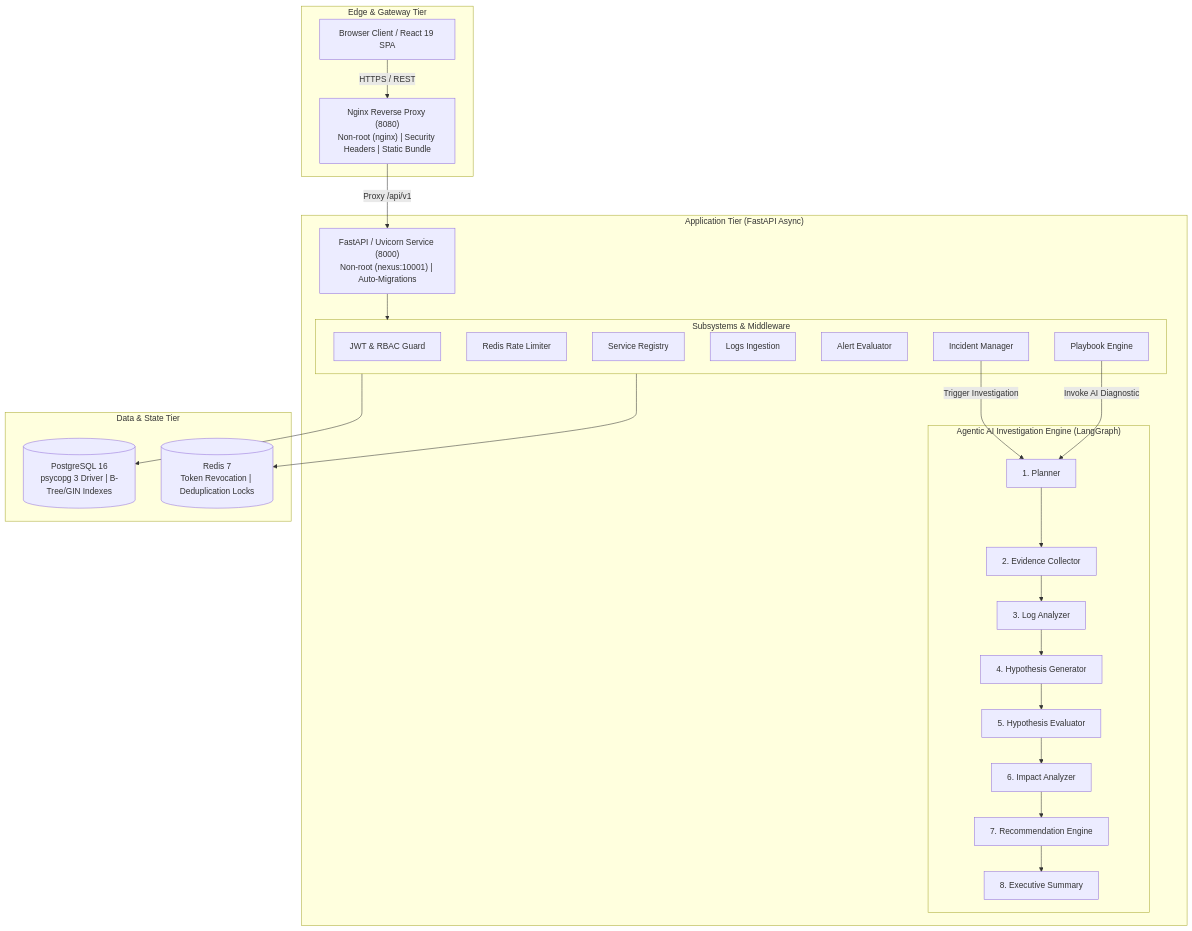
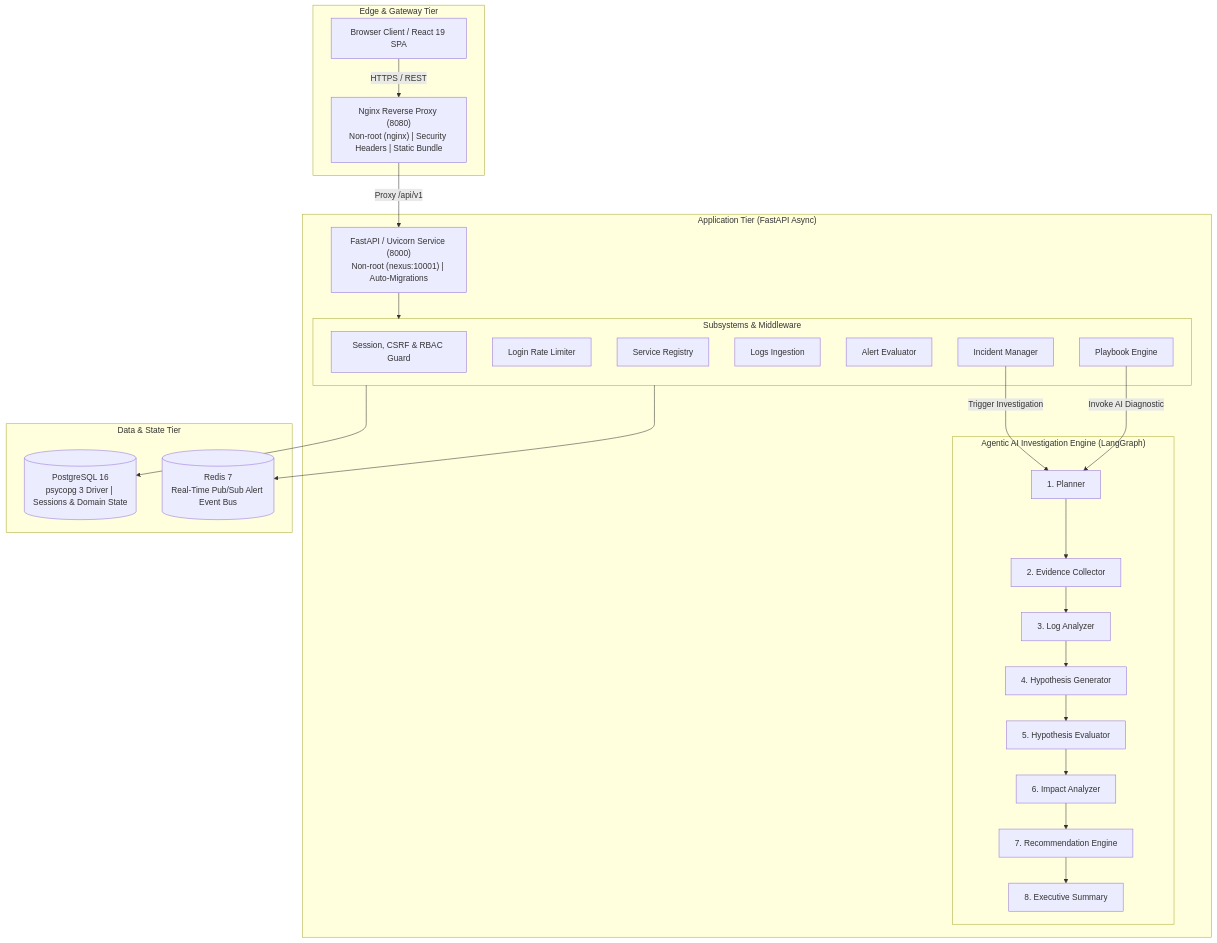
One commit to SarvagyaX/nexus changed the diagram in README.md. Above: the diagram before and after it, drawn with Mermaid. The commit also changed other lines of this file and 1 other file, not shown here.

````diff
--- a/README.md
+++ b/README.md
@@ -67,47 +67,47 @@
 ```mermaid
 graph TD
     subgraph Ingress ["Edge & Gateway Tier"]
         Client["Browser Client / React 19 SPA"]
         Nginx["Nginx Reverse Proxy (8080)\nNon-root (nginx) | Security Headers | Static Bundle"]
         Client -->|HTTPS / REST| Nginx
     end
 
     subgraph AppTier ["Application Tier (FastAPI Async)"]
         API["FastAPI / Uvicorn Service (8000)\nNon-root (nexus:10001) | Auto-Migrations"]
         Nginx -->|Proxy /api/v1| API
 
         subgraph CoreSubsystems ["Subsystems & Middleware"]
-            AuthGuard["JWT & RBAC Guard"]
-            RateLimit["Redis Rate Limiter"]
+            AuthGuard["Session, CSRF & RBAC Guard"]
+            RateLimit["Login Rate Limiter"]
             ServiceReg["Service Registry"]
             LogsPipeline["Logs Ingestion"]
             AlertEngine["Alert Evaluator"]
             IncidentMgr["Incident Manager"]
             PlaybookRunner["Playbook Engine"]
         end
 
         API --> CoreSubsystems
 
         subgraph AIEngine ["Agentic AI Investigation Engine (LangGraph)"]
             Planner["1. Planner"]
             Collector["2. Evidence Collector"]
             Analyzer["3. Log Analyzer"]
             HypothesisGen["4. Hypothesis Generator"]
             HypothesisEval["5. Hypothesis Evaluator"]
             Impact["6. Impact Analyzer"]
             Remediation["7. Recommendation Engine"]
             Summary["8. Executive Summary"]
             Planner --> Collector --> Analyzer --> HypothesisGen --> HypothesisEval --> Impact --> Remediation --> Summary
         end
 
         IncidentMgr -->|Trigger Investigation| Planner
         PlaybookRunner -->|Invoke AI Diagnostic| Planner
     end
 
     subgraph DataTier ["Data & State Tier"]
-        Postgres[("PostgreSQL 16\npsycopg 3 Driver | B-Tree/GIN Indexes")]
-        Redis[("Redis 7\nToken Revocation | Deduplication Locks")]
+        Postgres[("PostgreSQL 16\npsycopg 3 Driver | Sessions & Domain State")]
+        Redis[("Redis 7\nReal-Time Pub/Sub Alert Event Bus")]
         CoreSubsystems --> Postgres
         CoreSubsystems --> Redis
     end
 ```
````
